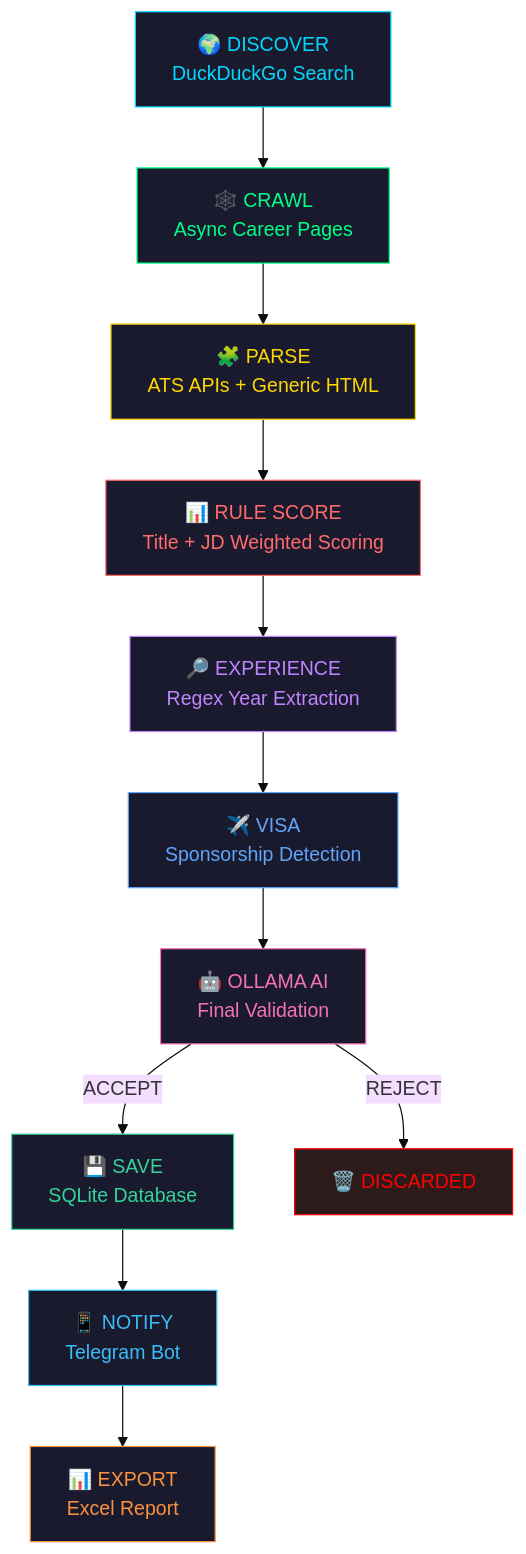
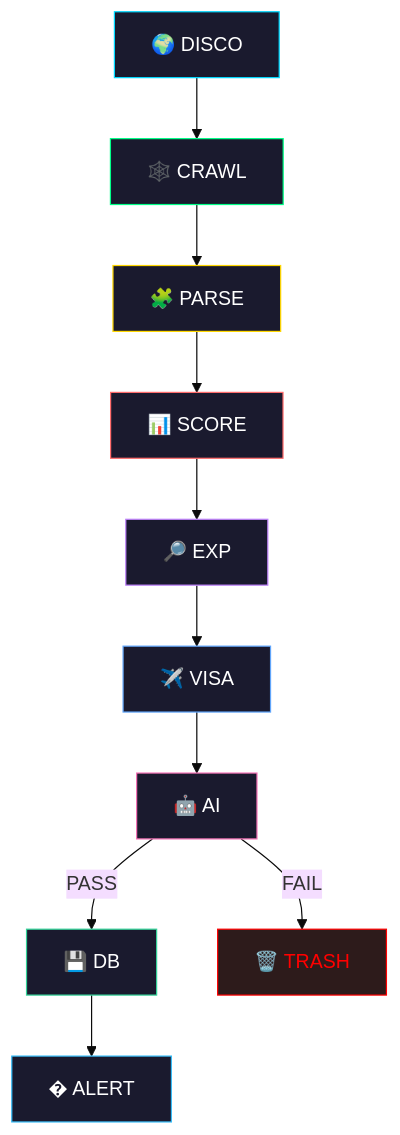
Before and after one commit to arshadshaik0000/job-agent: the diagram in README.md, drawn with Mermaid (base theme). The commit also changed other lines of this file, not shown here.

````diff
--- a/README.md
+++ b/README.md
@@ -81,25 +138,23 @@
 ```mermaid
 graph TD
-    A["🌍 DISCOVER<br/>DuckDuckGo Search"] --> B["🕸️ CRAWL<br/>Async Career Pages"]
-    B --> C["🧩 PARSE<br/>ATS APIs + Generic HTML"]
-    C --> D["📊 RULE SCORE<br/>Title + JD Weighted Scoring"]
-    D --> E["🔎 EXPERIENCE<br/>Regex Year Extraction"]
-    E --> F["✈️ VISA<br/>Sponsorship Detection"]
-    F --> G["🤖 OLLAMA AI<br/>Final Validation"]
-    G -->|ACCEPT| H["💾 SAVE<br/>SQLite Database"]
-    G -->|REJECT| X["🗑️ DISCARDED"]
-    H --> I["📱 NOTIFY<br/>Telegram Bot"]
-    I --> J["📊 EXPORT<br/>Excel Report"]
+    A["🌍 DISCO"] --> B["🕸️ CRAWL"]
+    B --> C["🧩 PARSE"]
+    C --> D["📊 SCORE"]
+    D --> E["🔎 EXP"]
+    E --> F["✈️ VISA"]
+    F --> G["🤖 AI"]
+    G -->|PASS| H["💾 DB"]
+    G -->|FAIL| X["🗑️ TRASH"]
+    H --> I["� ALERT"]
 
-    style A fill:#1a1a2e,stroke:#00d9ff,color:#00d9ff
-    style B fill:#1a1a2e,stroke:#00ff88,color:#00ff88
-    style C fill:#1a1a2e,stroke:#ffd700,color:#ffd700
-    style D fill:#1a1a2e,stroke:#ff6b6b,color:#ff6b6b
-    style E fill:#1a1a2e,stroke:#c084fc,color:#c084fc
-    style F fill:#1a1a2e,stroke:#60a5fa,color:#60a5fa
-    style G fill:#1a1a2e,stroke:#f472b6,color:#f472b6
-    style H fill:#1a1a2e,stroke:#34d399,color:#34d399
-    style I fill:#1a1a2e,stroke:#38bdf8,color:#38bdf8
-    style J fill:#1a1a2e,stroke:#fb923c,color:#fb923c
+    style A fill:#1a1a2e,stroke:#00d9ff,color:#fff
+    style B fill:#1a1a2e,stroke:#00ff88,color:#fff
+    style C fill:#1a1a2e,stroke:#ffd700,color:#fff
+    style D fill:#1a1a2e,stroke:#ff6b6b,color:#fff
+    style E fill:#1a1a2e,stroke:#c084fc,color:#fff
+    style F fill:#1a1a2e,stroke:#60a5fa,color:#fff
+    style G fill:#1a1a2e,stroke:#f472b6,color:#fff
+    style H fill:#1a1a2e,stroke:#34d399,color:#fff
+    style I fill:#1a1a2e,stroke:#38bdf8,color:#fff
     style X fill:#2d1b1b,stroke:#ff0000,color:#ff0000
 ```
````
